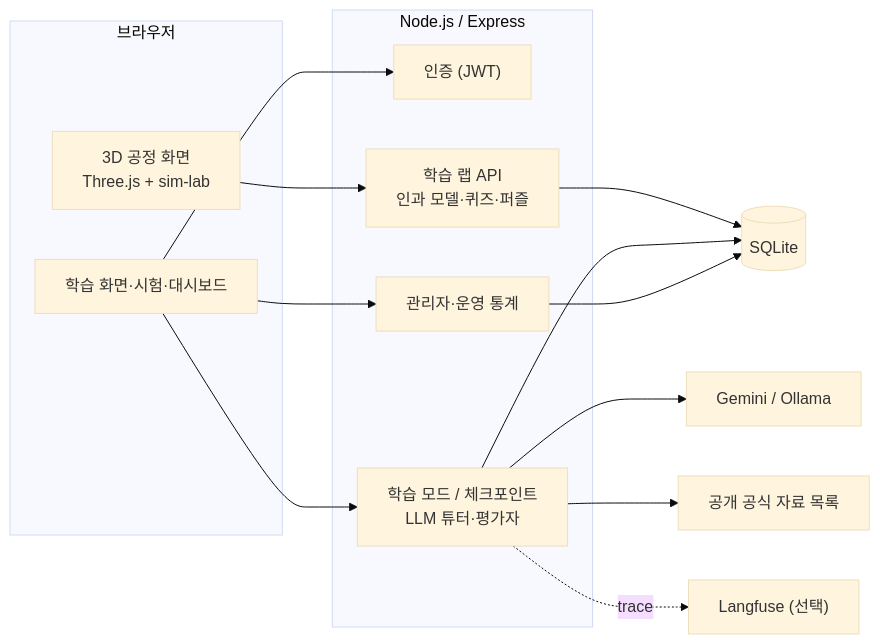
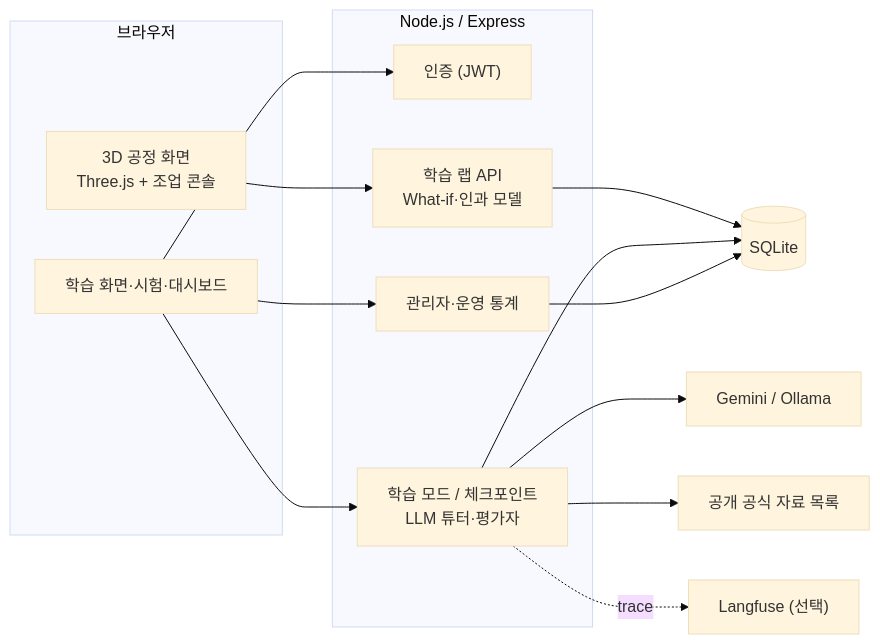
Before and after one commit to cookieimda/steel-rookie-dx-onboarding: the diagram in README.md, drawn with Mermaid (base theme). The commit also changed other lines of this file, not shown here.

````diff
--- a/README.md
+++ b/README.md
@@ -96,23 +89,23 @@
 ```mermaid
 flowchart LR
   subgraph Browser["브라우저"]
-    A["3D 공정 화면<br/>Three.js + sim-lab"]
+    A["3D 공정 화면<br/>Three.js + 조업 콘솔"]
     B["학습 화면·시험·대시보드"]
   end
   subgraph Server["Node.js / Express"]
     C["인증 (JWT)"]
-    D["학습 랩 API<br/>인과 모델·퀴즈·퍼즐"]
+    D["학습 랩 API<br/>What-if·인과 모델"]
     E["학습 모드 / 체크포인트<br/>LLM 튜터·평가자"]
     F["관리자·운영 통계"]
   end
   G[("SQLite")]
   H["Gemini / Ollama"]
   I["공개 공식 자료 목록"]
   J["Langfuse (선택)"]
   A --> D
   B --> C & E & F
   D & E & F --> G
   E --> H
   E --> I
   E -.trace.-> J
 ```
````
